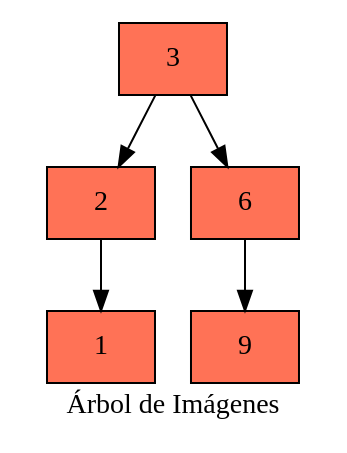
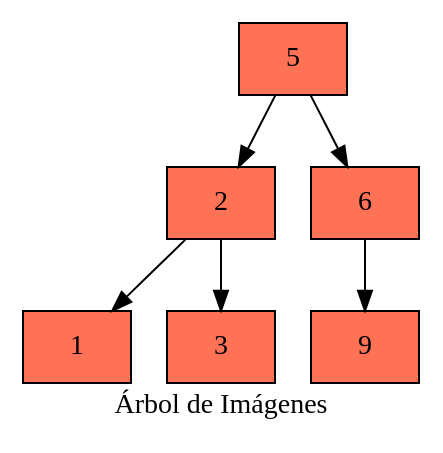
Before and after one commit to LuisaMariaO/EDD_UDRAWING_FASE_202003381: the diagram in Fase 2/Reportes de Usuario/4999062130101/ArbolImagenes.dot, drawn with Graphviz. The commit also changed 39 other files, not shown here.

```diff
--- a/Fase 2/Reportes de Usuario/4999062130101/ArbolImagenes.dot
+++ b/Fase 2/Reportes de Usuario/4999062130101/ArbolImagenes.dot
@@ -1,12 +1,14 @@
 digraph G {
 node[ style=filled, fillcolor=coral1, shape=box];
-label="Árbol de Imágenes"Nodo345021931[label="3"]
-Nodo653858211[label="2"]
-Nodo1871043713[label="1"]
-Nodo1941179562[label="6"]
-Nodo1649249836[label="9"]
-Nodo345021931->Nodo1941179562
-Nodo345021931->Nodo653858211
-Nodo653858211->Nodo1871043713
-Nodo1941179562->Nodo1649249836
+label="Árbol de Imágenes"Nodo2052124147[label="5"]
+Nodo1749847101[label="2"]
+Nodo1363445028[label="1"]
+Nodo738646562[label="3"]
+Nodo193011798[label="6"]
+Nodo1397066954[label="9"]
+Nodo2052124147->Nodo193011798
+Nodo2052124147->Nodo1749847101
+Nodo1749847101->Nodo738646562
+Nodo1749847101->Nodo1363445028
+Nodo193011798->Nodo1397066954
 }
```
